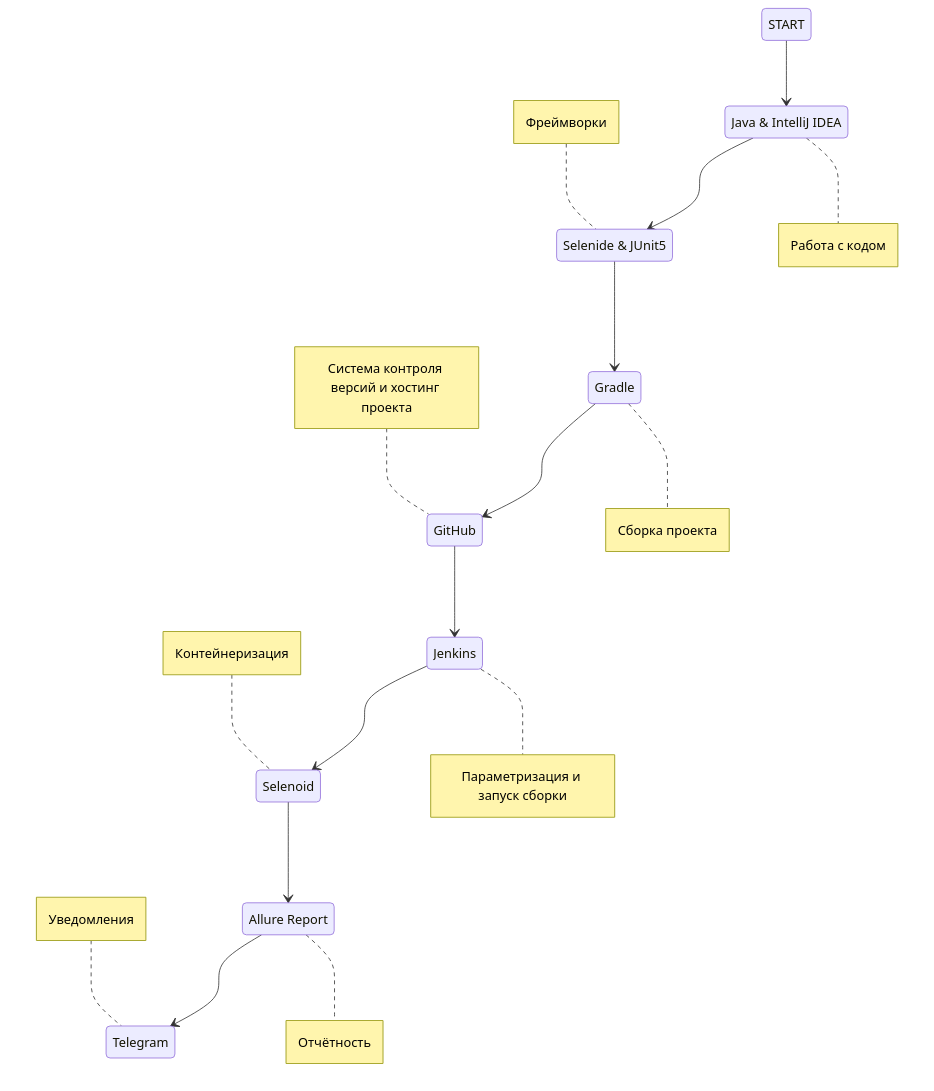
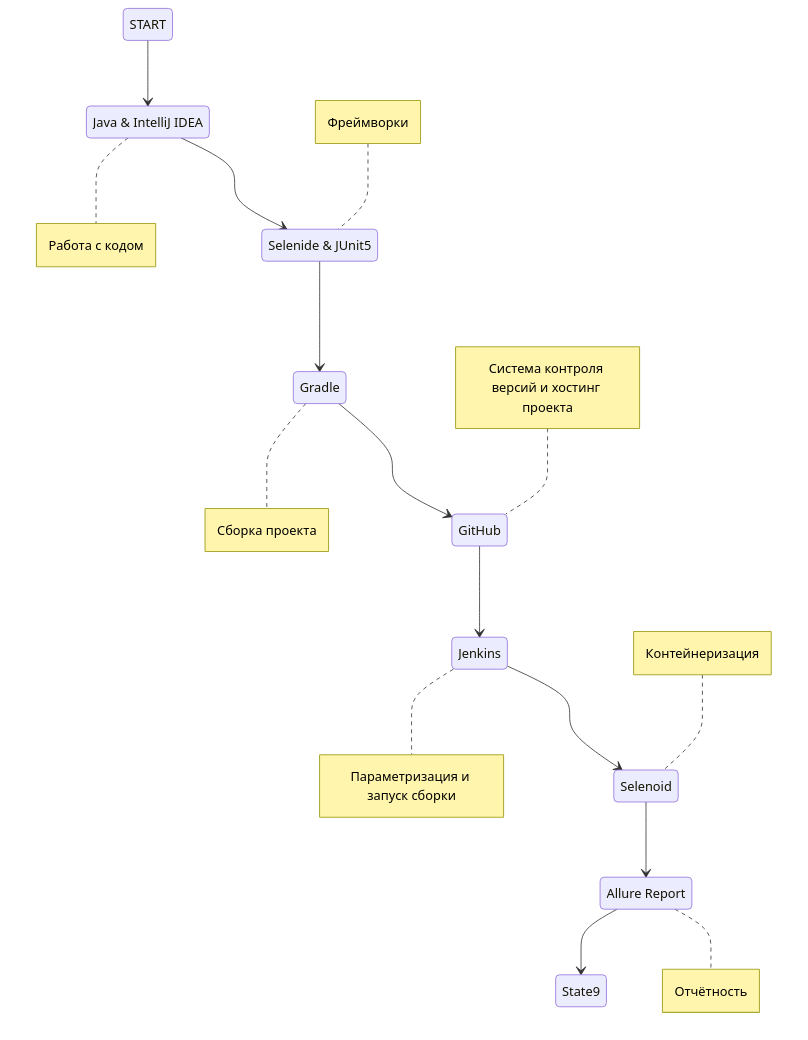
The diagram in README.md (AGordey/Diplom_Mobile_Test_Part_3), drawn with Mermaid before and after one commit.

Commit message:
Diplom part 3 Mobile

````diff
--- a/README.md
+++ b/README.md
@@ -29,28 +29,26 @@
 ```mermaid        
     stateDiagram-v2
         State1: START
         State2: Java & IntelliJ IDEA
         State3: Selenide & JUnit5
         State4: Gradle
         State5: GitHub
         State6: Jenkins
         State7: Selenoid
         State8: Allure Report
-        State9: Telegram
         State1 --> State2
         State2 --> State3
         State3 --> State4
         State4 --> State5
         State5 --> State6
         State6 --> State7
         State7 --> State8
         State8 --> State9
         note right of State2 : Работа с кодом
         note left of State3 : Фреймворки
         note right of State4 : Сборка проекта
         note left of State5 : Система контроля версий и хостинг проекта
         note right of State6 : Параметризация и запуск сборки
         note left of State7 : Контейнеризация
         note right of State8 : Отчётность
-        note left of State9 : Уведомления
 ```
````
